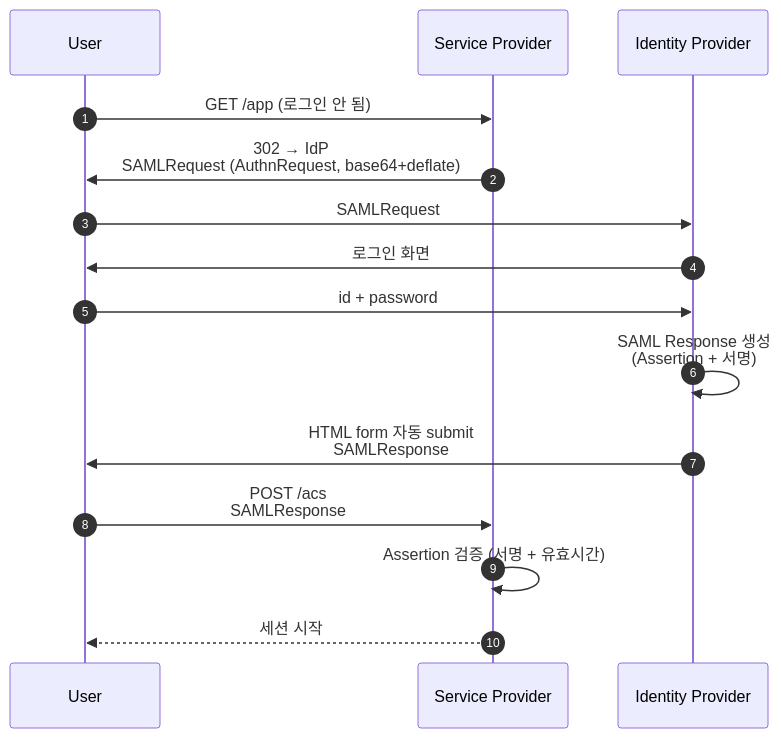
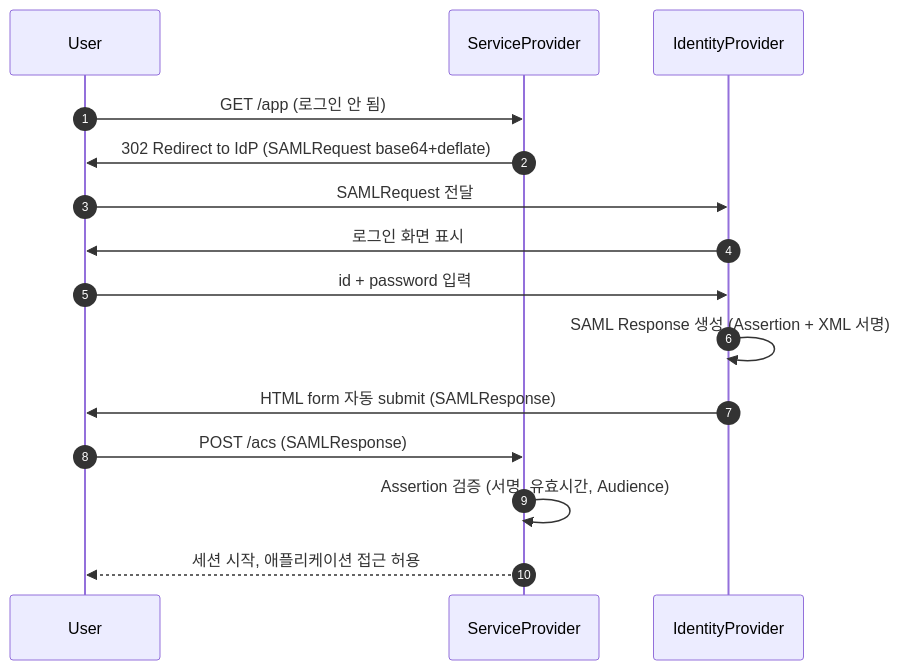
One commit to shinkeonkim/shinkeonkim.github.io changed the second of 5 diagrams in src/content/wiki/auth-security/saml.mdx. Above: the diagram before and after it, drawn with Mermaid. The commit also changed other lines of this file and 526 other files, not shown here.

First line of the commit message:
content(wiki): 전수조사 및 대규모 보강 (짧은 파일 0, mermaid +645)

````diff
--- a/src/content/wiki/auth-security/saml.mdx
+++ b/src/content/wiki/auth-security/saml.mdx
@@ -28,18 +37,18 @@
 ```mermaid
 sequenceDiagram
     autonumber
     participant U as User
-    participant SP as Service Provider
-    participant IdP as Identity Provider
+    participant SP as ServiceProvider
+    participant IdP as IdentityProvider
 
     U->>SP: GET /app (로그인 안 됨)
-    SP->>U: 302 → IdP<br/>SAMLRequest (AuthnRequest, base64+deflate)
-    U->>IdP: SAMLRequest
-    IdP->>U: 로그인 화면
-    U->>IdP: id + password
-    IdP->>IdP: SAML Response 생성<br/>(Assertion + 서명)
-    IdP->>U: HTML form 자동 submit<br/>SAMLResponse
-    U->>SP: POST /acs<br/>SAMLResponse
-    SP->>SP: Assertion 검증 (서명 + 유효시간)
-    SP-->>U: 세션 시작
+    SP->>U: 302 Redirect to IdP (SAMLRequest base64+deflate)
+    U->>IdP: SAMLRequest 전달
+    IdP->>U: 로그인 화면 표시
+    U->>IdP: id + password 입력
+    IdP->>IdP: SAML Response 생성 (Assertion + XML 서명)
+    IdP->>U: HTML form 자동 submit (SAMLResponse)
+    U->>SP: POST /acs (SAMLResponse)
+    SP->>SP: Assertion 검증 (서명, 유효시간, Audience)
+    SP-->>U: 세션 시작, 애플리케이션 접근 허용
 ```
````
